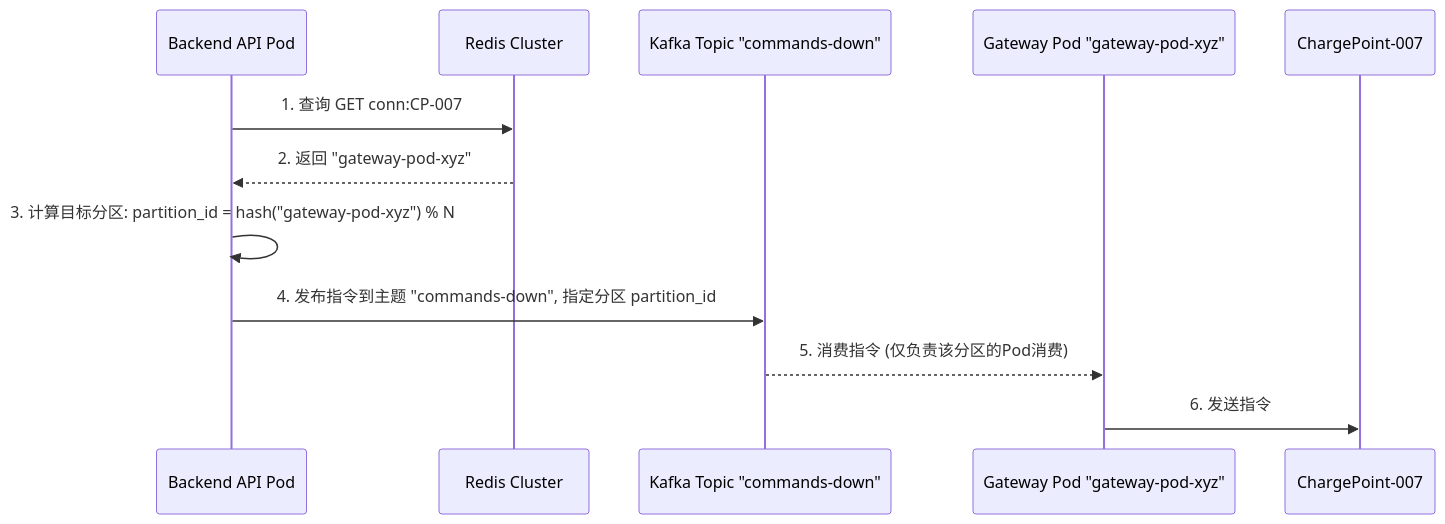
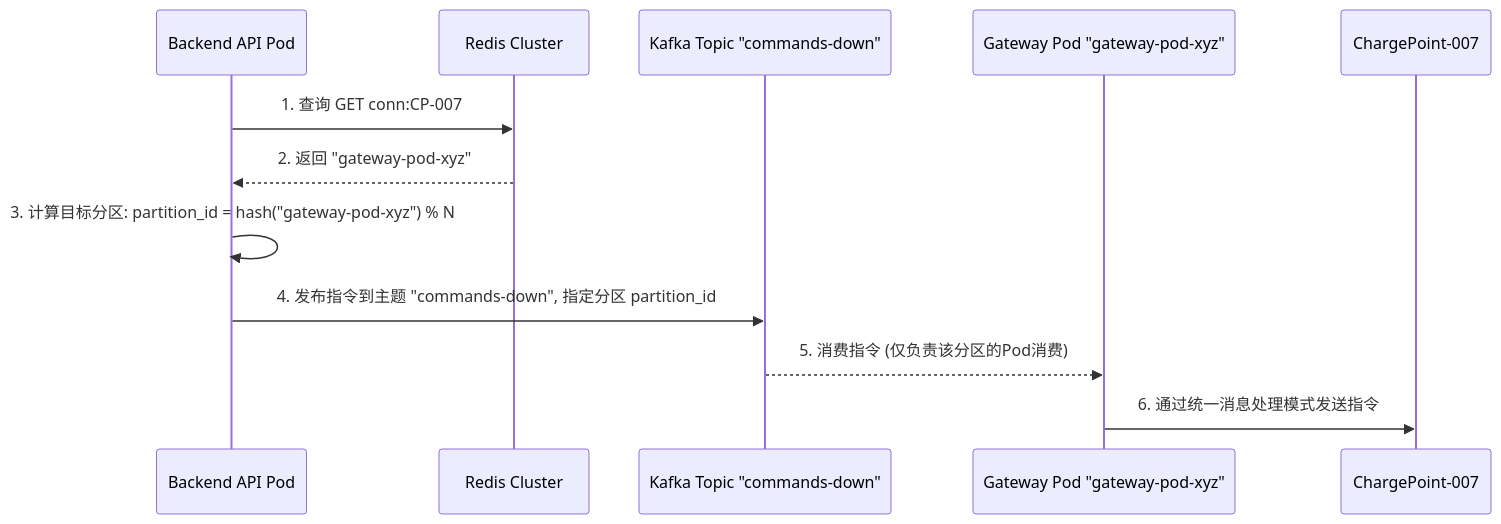
The third of 7 diagrams in docs/high_availability_gateway_arch_design.md (JamzYang/charging-platform), drawn with Mermaid before and after one commit. The commit also changed other lines of this file and 10 other files, not shown here.

````diff
--- a/docs/high_availability_gateway_arch_design.md
+++ b/docs/high_availability_gateway_arch_design.md
@@ -137,18 +138,18 @@
 ```mermaid
 sequenceDiagram
     participant BE as Backend API Pod
     participant Redis as Redis Cluster
     participant Kafka as Kafka Topic "commands-down"
     participant GatewayPod as Gateway Pod "gateway-pod-xyz"
     participant CP as ChargePoint-007
 
     BE->>Redis: 1. 查询 GET conn:CP-007
     Redis-->>BE: 2. 返回 "gateway-pod-xyz"
-    
+
     BE->>BE: 3. 计算目标分区: partition_id = hash("gateway-pod-xyz") % N
-    
+
     BE->>Kafka: 4. 发布指令到主题 "commands-down", 指定分区 partition_id
-    
+
     Kafka-->>GatewayPod: 5. 消费指令 (仅负责该分区的Pod消费)
-    GatewayPod->>CP: 6. 发送指令
+    GatewayPod->>CP: 6. 通过统一消息处理模式发送指令
 ```
````
